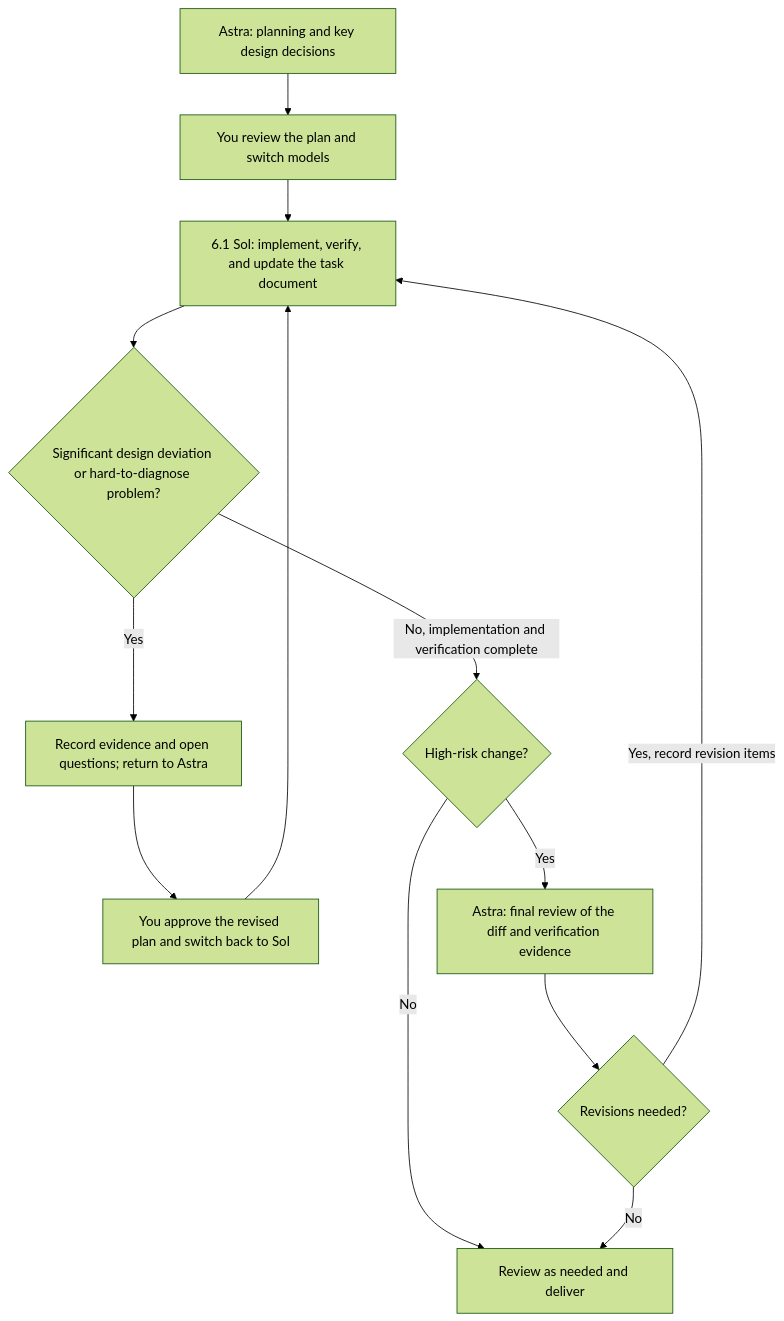
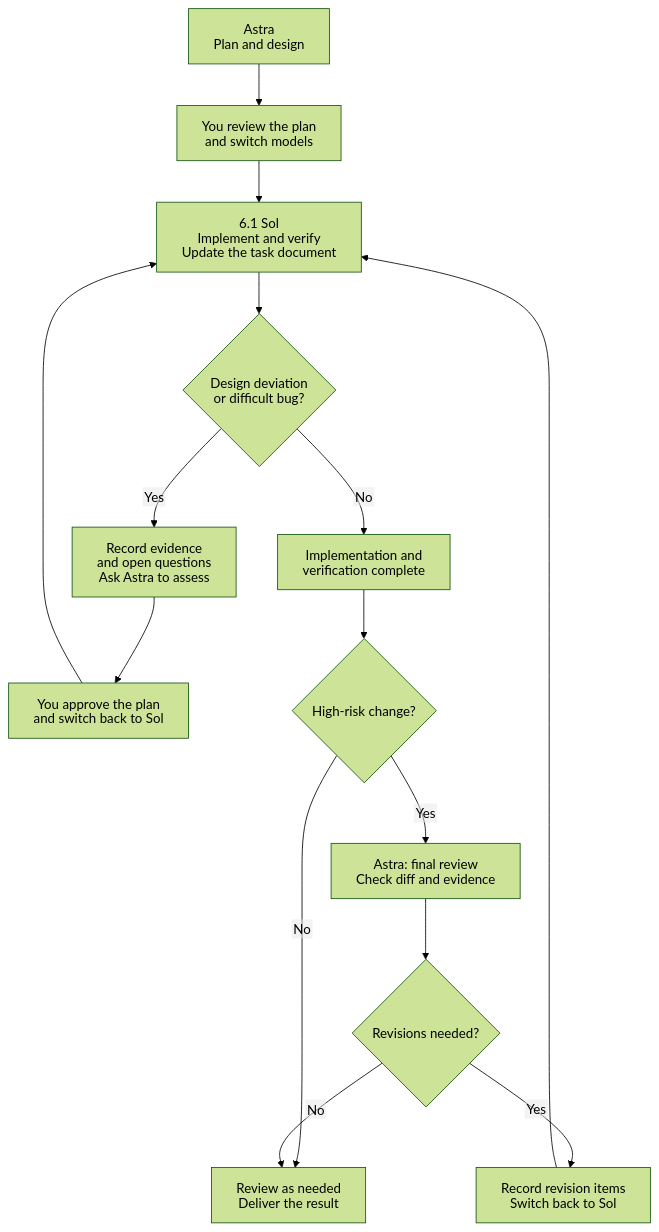
Before and after one commit to yuqingfang2004/plan-handoff: the diagram in README.md, drawn with Mermaid (forest theme). The commit also changed 1 other file, not shown here.

Commit message:
docs: prevent flowchart label clipping on GitHub

````diff
--- a/README.md
+++ b/README.md
@@ -17,15 +17,21 @@
 ```mermaid
+---
+config:
+  htmlLabels: false
+---
 flowchart TD
-    A["Astra: planning and key design decisions"] --> B["You review the plan and switch models"]
-    B --> C["6.1 Sol: implement, verify, and update the task document"]
-    C --> D{"Significant design deviation or hard-to-diagnose problem?"}
-    D -->|Yes| E["Record evidence and open questions; return to Astra"]
-    E --> F["You approve the revised plan and switch back to Sol"]
+    A["Astra<br/>Plan and design"] --> B["You review the plan<br/>and switch models"]
+    B --> C["6.1 Sol<br/>Implement and verify<br/>Update the task document"]
+    C --> D{"Design deviation<br/>or difficult bug?"}
+    D -->|Yes| E["Record evidence<br/>and open questions<br/>Ask Astra to assess"]
+    E --> F["You approve the plan<br/>and switch back to Sol"]
     F --> C
-    D -->|No, implementation and verification complete| G{"High-risk change?"}
-    G -->|Yes| H["Astra: final review of the diff and verification evidence"]
-    G -->|No| I["Review as needed and deliver"]
+    D -->|No| K["Implementation and<br/>verification complete"]
+    K --> G{"High-risk change?"}
+    G -->|Yes| H["Astra: final review<br/>Check diff and evidence"]
+    G -->|No| I["Review as needed<br/>Deliver the result"]
     H --> J{"Revisions needed?"}
-    J -->|Yes, record revision items| C
+    J -->|Yes| L["Record revision items<br/>Switch back to Sol"]
+    L --> C
     J -->|No| I
 ```
````
